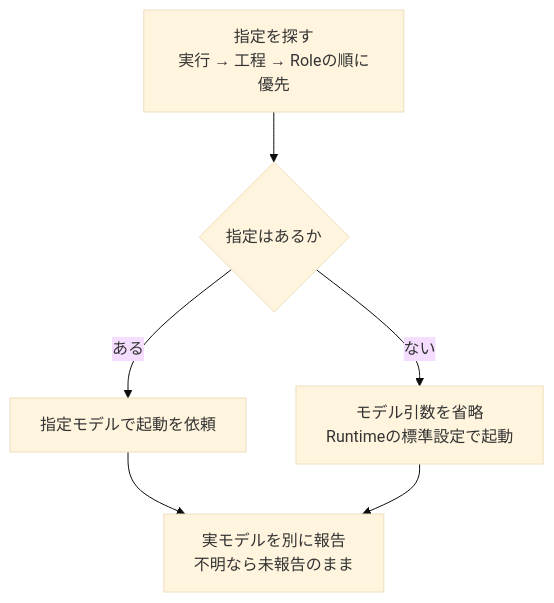
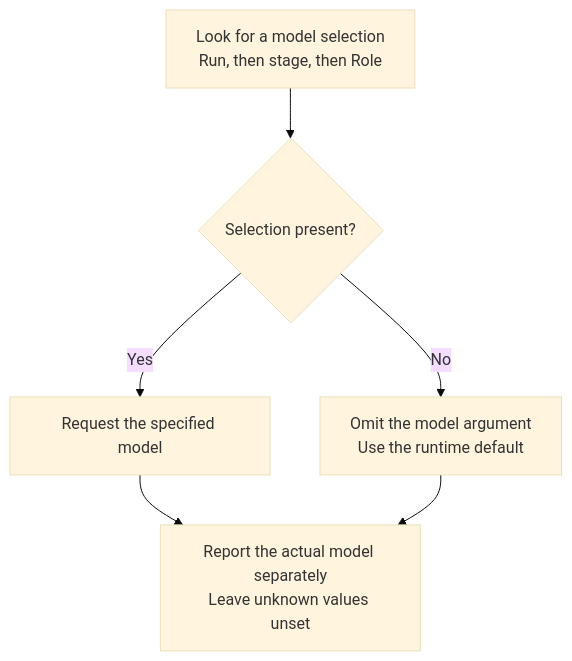
The fifth of 8 diagrams in README.md (Memoria-ll/agent-asset-control-layer), drawn with Mermaid (base theme) before and after one commit. The commit also changed other lines of this file and 1 other file, not shown here.

````diff
--- a/README.md
+++ b/README.md
@@ -137,8 +139,8 @@
 ```mermaid
 flowchart TD
-    Order["指定を探す<br/>実行 → 工程 → Roleの順に優先"] --> Selected{"指定はあるか"}
-    Selected -->|"ある"| Explicit["指定モデルで起動を依頼"]
-    Selected -->|"ない"| Default["モデル引数を省略<br/>Runtimeの標準設定で起動"]
-    Explicit --> Report["実モデルを別に報告<br/>不明なら未報告のまま"]
+    Order["Look for a model selection<br/>Run, then stage, then Role"] --> Selected{"Selection present?"}
+    Selected -->|"Yes"| Explicit["Request the specified model"]
+    Selected -->|"No"| Default["Omit the model argument<br/>Use the runtime default"]
+    Explicit --> Report["Report the actual model separately<br/>Leave unknown values unset"]
     Default --> Report
 ```
````
